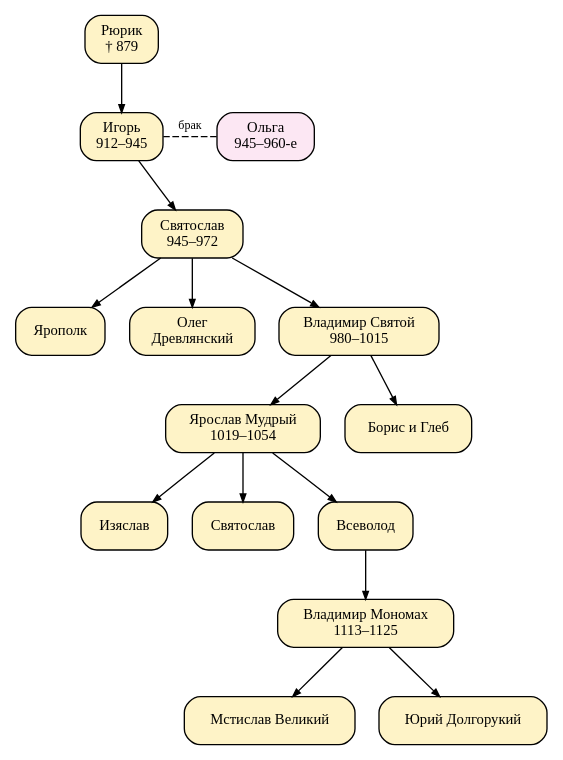
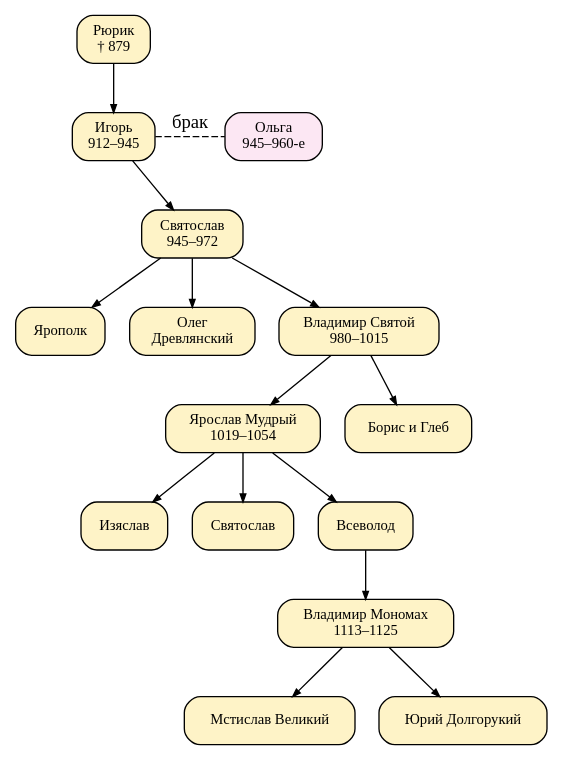
The first of 11 diagrams in examples/documents/22-geo-history.md (kscht/spiridus-docs), drawn with Graphviz before and after one commit. The commit also changed other lines of this file and 56 other files, not shown here.

````diff
--- a/examples/documents/22-geo-history.md
+++ b/examples/documents/22-geo-history.md
@@ -182,30 +150,30 @@
 ```dot
 digraph {
   rankdir=TB
   node [shape=box, style="rounded,filled", fillcolor="#fef3c7", fontsize=11]
-  edge [arrowsize=0.6]
+  edge [arrowsize=0.6, fontsize=14]
   r [label="Рюрик\n† 879"]
   i [label="Игорь\n912–945"]
   o [label="Ольга\n945–960-е", fillcolor="#fce7f3"]
   s [label="Святослав\n945–972"]
   yp [label="Ярополк"]
   ol [label="Олег\nДревлянский"]
   v [label="Владимир Святой\n980–1015"]
   y [label="Ярослав Мудрый\n1019–1054"]
   bg [label="Борис и Глеб"]
   iz [label="Изяслав"]
   sv [label="Святослав"]
   vs [label="Всеволод"]
   m [label="Владимир Мономах\n1113–1125"]
   ms [label="Мстислав Великий"]
   yu [label="Юрий Долгорукий"]
   r -> i
-  {rank=same; i -> o [dir=none, style=dashed, label="брак", fontsize=9]}
+  {rank=same; i -> o [dir=none, style=dashed, label="брак", fontsize=14]}
   i -> s; o -> s [style=invis]
   s -> yp; s -> ol; s -> v
   v -> y; v -> bg
   y -> iz; y -> sv; y -> vs
   vs -> m
   m -> ms; m -> yu
 }
 ```
````
